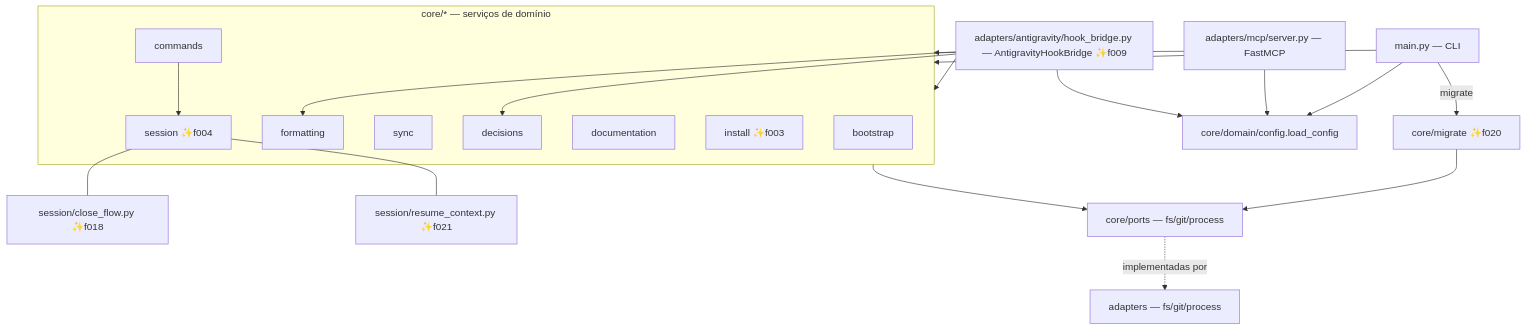
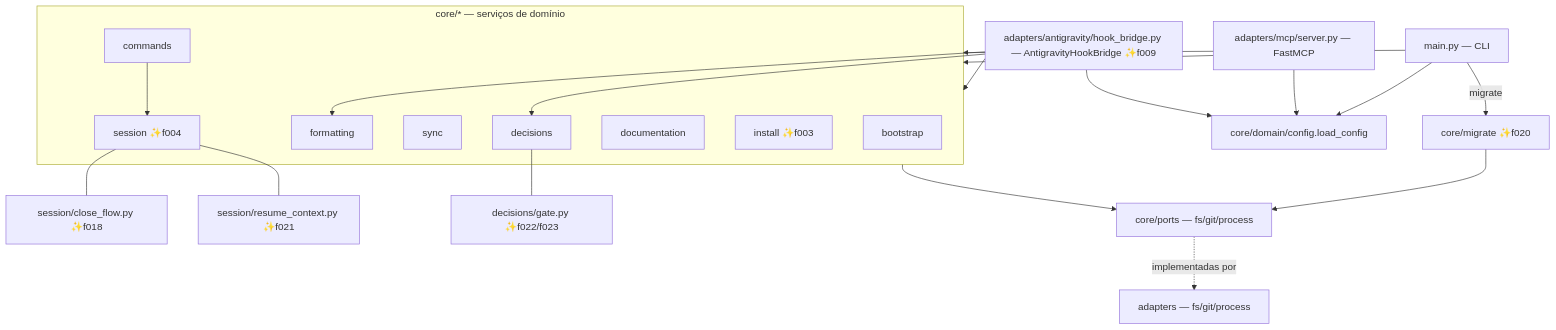
The diagram in _reversa_sdd/architecture.md (iago-leal/harness-config), drawn with Mermaid before and after one commit. The commit also changed other lines of this file and 38 other files, not shown here.

````diff
--- a/_reversa_sdd/architecture.md
+++ b/_reversa_sdd/architecture.md
@@ -38,28 +39,29 @@
 ```mermaid
 graph TD
     CLI[main.py — CLI] --> Services
     MCP[adapters/mcp/server.py — FastMCP] --> Services
     AGY["adapters/antigravity/hook_bridge.py — AntigravityHookBridge ✨f009"] --> Services
     CLI -- migrate --> Migrate["core/migrate ✨f020"]
     subgraph Services[core/* — serviços de domínio]
         boot[bootstrap]
         fmt[formatting]
         sync[sync]
         dec[decisions]
         cmd[commands]
         doc[documentation]
         inst["install ✨f003"]
         sess["session ✨f004"]
     end
     sess --- closeflow["session/close_flow.py ✨f018"]
     sess --- resumectx["session/resume_context.py ✨f021"]
+    dec --- gate["decisions/gate.py ✨f022/f023"]
     Services --> Ports[core/ports — fs/git/process]
     Ports -.implementadas por.-> Adapters[adapters — fs/git/process]
     Migrate --> Ports
     cmd --> sess
     AGY --> fmt
     AGY --> dec
     CLI --> Config[core/domain/config.load_config]
     MCP --> Config
     AGY --> Config
 ```
````
